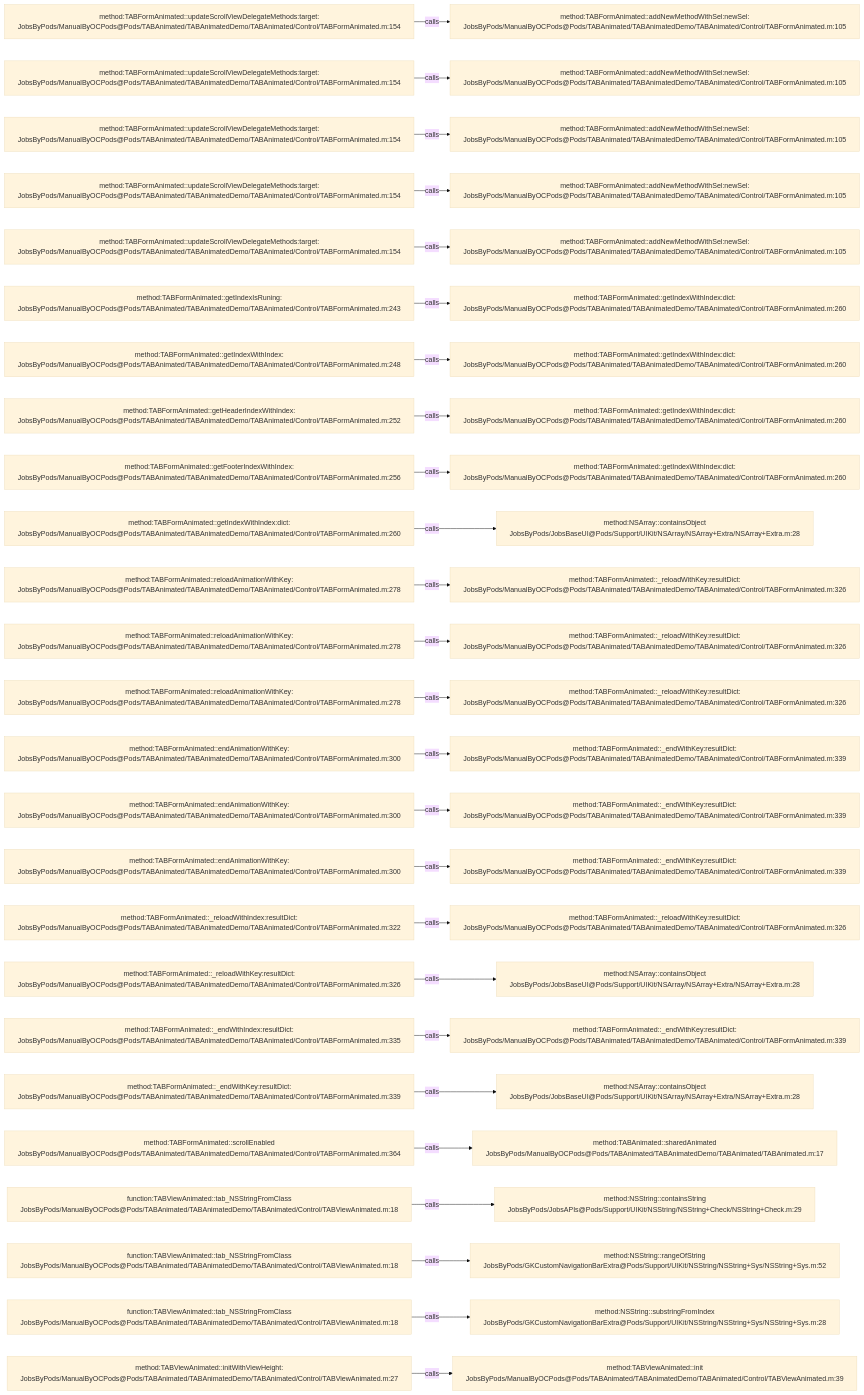
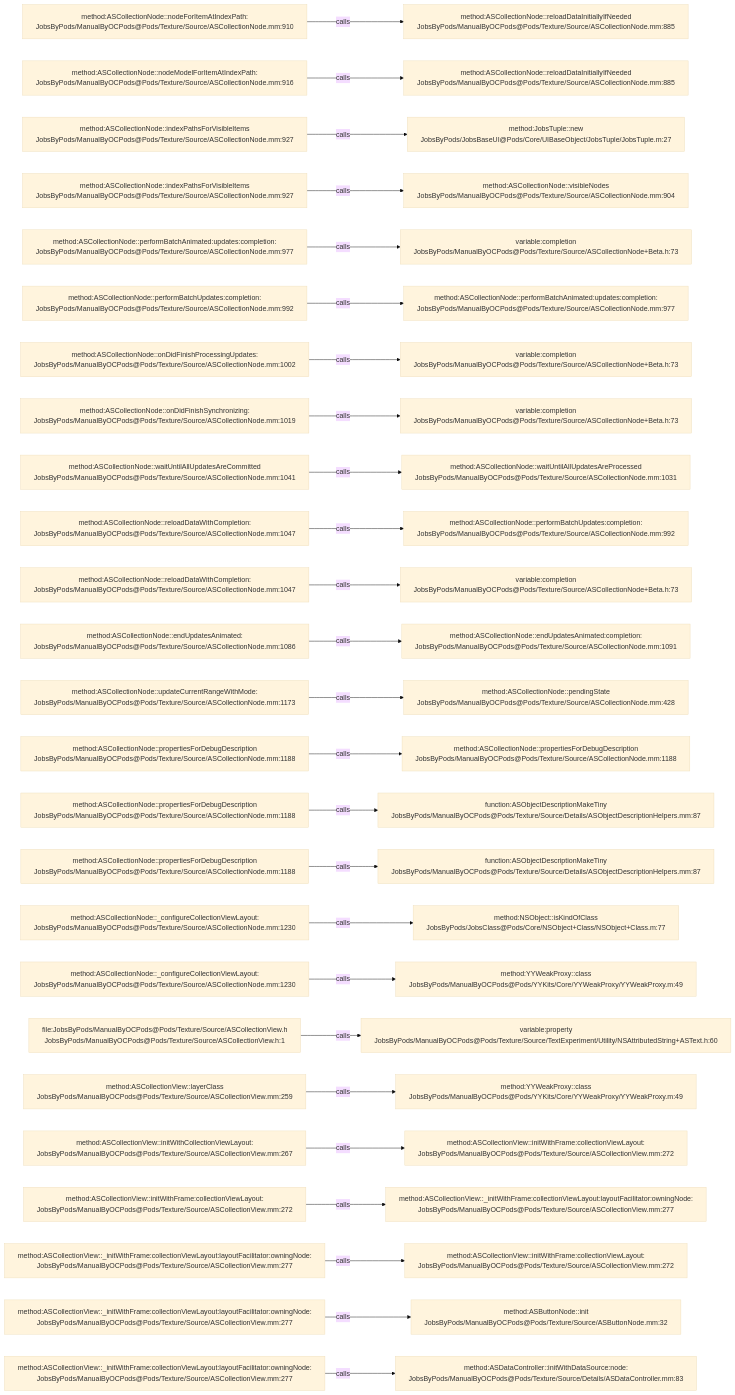
The diagram in .codegraph/codegraph.md/graphs/calls-188.md (JobsKits/JobsOCBaseConfigDemo), drawn with Mermaid (base theme) before and after one commit. The commit also changed 573 other files, not shown here.

````diff
--- a/.codegraph/codegraph.md/graphs/calls-188.md
+++ b/.codegraph/codegraph.md/graphs/calls-188.md
@@ -13,78 +13,78 @@
 ```mermaid
 flowchart LR
-  S1["method:TABFormAnimated::updateScrollViewDelegateMethods:target:<br/>JobsByPods/ManualByOCPods@Pods/TABAnimated/TABAnimatedDemo/TABAnimated/Control/TABFormAnimated.m:154"]
-  T1["method:TABFormAnimated::addNewMethodWithSel:newSel:<br/>JobsByPods/ManualByOCPods@Pods/TABAnimated/TABAnimatedDemo/TABAnimated/Control/TABFormAnimated.m:105"]
+  S1["method:ASCollectionNode::nodeForItemAtIndexPath:<br/>JobsByPods/ManualByOCPods@Pods/Texture/Source/ASCollectionNode.mm:910"]
+  T1["method:ASCollectionNode::reloadDataInitiallyIfNeeded<br/>JobsByPods/ManualByOCPods@Pods/Texture/Source/ASCollectionNode.mm:885"]
   S1 -->|calls| T1
-  S2["method:TABFormAnimated::updateScrollViewDelegateMethods:target:<br/>JobsByPods/ManualByOCPods@Pods/TABAnimated/TABAnimatedDemo/TABAnimated/Control/TABFormAnimated.m:154"]
-  T2["method:TABFormAnimated::addNewMethodWithSel:newSel:<br/>JobsByPods/ManualByOCPods@Pods/TABAnimated/TABAnimatedDemo/TABAnimated/Control/TABFormAnimated.m:105"]
+  S2["method:ASCollectionNode::nodeModelForItemAtIndexPath:<br/>JobsByPods/ManualByOCPods@Pods/Texture/Source/ASCollectionNode.mm:916"]
+  T2["method:ASCollectionNode::reloadDataInitiallyIfNeeded<br/>JobsByPods/ManualByOCPods@Pods/Texture/Source/ASCollectionNode.mm:885"]
   S2 -->|calls| T2
-  S3["method:TABFormAnimated::updateScrollViewDelegateMethods:target:<br/>JobsByPods/ManualByOCPods@Pods/TABAnimated/TABAnimatedDemo/TABAnimated/Control/TABFormAnimated.m:154"]
-  T3["method:TABFormAnimated::addNewMethodWithSel:newSel:<br/>JobsByPods/ManualByOCPods@Pods/TABAnimated/TABAnimatedDemo/TABAnimated/Control/TABFormAnimated.m:105"]
+  S3["method:ASCollectionNode::indexPathsForVisibleItems<br/>JobsByPods/ManualByOCPods@Pods/Texture/Source/ASCollectionNode.mm:927"]
+  T3["method:JobsTuple::new<br/>JobsByPods/JobsBaseUI@Pods/Core/UIBaseObject/JobsTuple/JobsTuple.m:27"]
   S3 -->|calls| T3
-  S4["method:TABFormAnimated::updateScrollViewDelegateMethods:target:<br/>JobsByPods/ManualByOCPods@Pods/TABAnimated/TABAnimatedDemo/TABAnimated/Control/TABFormAnimated.m:154"]
-  T4["method:TABFormAnimated::addNewMethodWithSel:newSel:<br/>JobsByPods/ManualByOCPods@Pods/TABAnimated/TABAnimatedDemo/TABAnimated/Control/TABFormAnimated.m:105"]
+  S4["method:ASCollectionNode::indexPathsForVisibleItems<br/>JobsByPods/ManualByOCPods@Pods/Texture/Source/ASCollectionNode.mm:927"]
+  T4["method:ASCollectionNode::visibleNodes<br/>JobsByPods/ManualByOCPods@Pods/Texture/Source/ASCollectionNode.mm:904"]
   S4 -->|calls| T4
-  S5["method:TABFormAnimated::updateScrollViewDelegateMethods:target:<br/>JobsByPods/ManualByOCPods@Pods/TABAnimated/TABAnimatedDemo/TABAnimated/Control/TABFormAnimated.m:154"]
-  T5["method:TABFormAnimated::addNewMethodWithSel:newSel:<br/>JobsByPods/ManualByOCPods@Pods/TABAnimated/TABAnimatedDemo/TABAnimated/Control/TABFormAnimated.m:105"]
+  S5["method:ASCollectionNode::performBatchAnimated:updates:completion:<br/>JobsByPods/ManualByOCPods@Pods/Texture/Source/ASCollectionNode.mm:977"]
+  T5["variable:completion<br/>JobsByPods/ManualByOCPods@Pods/Texture/Source/ASCollectionNode+Beta.h:73"]
   S5 -->|calls| T5
-  S6["method:TABFormAnimated::getIndexIsRuning:<br/>JobsByPods/ManualByOCPods@Pods/TABAnimated/TABAnimatedDemo/TABAnimated/Control/TABFormAnimated.m:243"]
-  T6["method:TABFormAnimated::getIndexWithIndex:dict:<br/>JobsByPods/ManualByOCPods@Pods/TABAnimated/TABAnimatedDemo/TABAnimated/Control/TABFormAnimated.m:260"]
+  S6["method:ASCollectionNode::performBatchUpdates:completion:<br/>JobsByPods/ManualByOCPods@Pods/Texture/Source/ASCollectionNode.mm:992"]
+  T6["method:ASCollectionNode::performBatchAnimated:updates:completion:<br/>JobsByPods/ManualByOCPods@Pods/Texture/Source/ASCollectionNode.mm:977"]
   S6 -->|calls| T6
-  S7["method:TABFormAnimated::getIndexWithIndex:<br/>JobsByPods/ManualByOCPods@Pods/TABAnimated/TABAnimatedDemo/TABAnimated/Control/TABFormAnimated.m:248"]
-  T7["method:TABFormAnimated::getIndexWithIndex:dict:<br/>JobsByPods/ManualByOCPods@Pods/TABAnimated/TABAnimatedDemo/TABAnimated/Control/TABFormAnimated.m:260"]
+  S7["method:ASCollectionNode::onDidFinishProcessingUpdates:<br/>JobsByPods/ManualByOCPods@Pods/Texture/Source/ASCollectionNode.mm:1002"]
+  T7["variable:completion<br/>JobsByPods/ManualByOCPods@Pods/Texture/Source/ASCollectionNode+Beta.h:73"]
   S7 -->|calls| T7
-  S8["method:TABFormAnimated::getHeaderIndexWithIndex:<br/>JobsByPods/ManualByOCPods@Pods/TABAnimated/TABAnimatedDemo/TABAnimated/Control/TABFormAnimated.m:252"]
-  T8["method:TABFormAnimated::getIndexWithIndex:dict:<br/>JobsByPods/ManualByOCPods@Pods/TABAnimated/TABAnimatedDemo/TABAnimated/Control/TABFormAnimated.m:260"]
+  S8["method:ASCollectionNode::onDidFinishSynchronizing:<br/>JobsByPods/ManualByOCPods@Pods/Texture/Source/ASCollectionNode.mm:1019"]
+  T8["variable:completion<br/>JobsByPods/ManualByOCPods@Pods/Texture/Source/ASCollectionNode+Beta.h:73"]
   S8 -->|calls| T8
-  S9["method:TABFormAnimated::getFooterIndexWithIndex:<br/>JobsByPods/ManualByOCPods@Pods/TABAnimated/TABAnimatedDemo/TABAnimated/Control/TABFormAnimated.m:256"]
-  T9["method:TABFormAnimated::getIndexWithIndex:dict:<br/>JobsByPods/ManualByOCPods@Pods/TABAnimated/TABAnimatedDemo/TABAnimated/Control/TABFormAnimated.m:260"]
+  S9["method:ASCollectionNode::waitUntilAllUpdatesAreCommitted<br/>JobsByPods/ManualByOCPods@Pods/Texture/Source/ASCollectionNode.mm:1041"]
+  T9["method:ASCollectionNode::waitUntilAllUpdatesAreProcessed<br/>JobsByPods/ManualByOCPods@Pods/Texture/Source/ASCollectionNode.mm:1031"]
   S9 -->|calls| T9
-  S10["method:TABFormAnimated::getIndexWithIndex:dict:<br/>JobsByPods/ManualByOCPods@Pods/TABAnimated/TABAnimatedDemo/TABAnimated/Control/TABFormAnimated.m:260"]
-  T10["method:NSArray::containsObject<br/>JobsByPods/JobsBaseUI@Pods/Support/UIKit/NSArray/NSArray+Extra/NSArray+Extra.m:28"]
+  S10["method:ASCollectionNode::reloadDataWithCompletion:<br/>JobsByPods/ManualByOCPods@Pods/Texture/Source/ASCollectionNode.mm:1047"]
+  T10["method:ASCollectionNode::performBatchUpdates:completion:<br/>JobsByPods/ManualByOCPods@Pods/Texture/Source/ASCollectionNode.mm:992"]
   S10 -->|calls| T10
-  S11["method:TABFormAnimated::reloadAnimationWithKey:<br/>JobsByPods/ManualByOCPods@Pods/TABAnimated/TABAnimatedDemo/TABAnimated/Control/TABFormAnimated.m:278"]
-  T11["method:TABFormAnimated::_reloadWithKey:resultDict:<br/>JobsByPods/ManualByOCPods@Pods/TABAnimated/TABAnimatedDemo/TABAnimated/Control/TABFormAnimated.m:326"]
+  S11["method:ASCollectionNode::reloadDataWithCompletion:<br/>JobsByPods/ManualByOCPods@Pods/Texture/Source/ASCollectionNode.mm:1047"]
+  T11["variable:completion<br/>JobsByPods/ManualByOCPods@Pods/Texture/Source/ASCollectionNode+Beta.h:73"]
   S11 -->|calls| T11
-  S12["method:TABFormAnimated::reloadAnimationWithKey:<br/>JobsByPods/ManualByOCPods@Pods/TABAnimated/TABAnimatedDemo/TABAnimated/Control/TABFormAnimated.m:278"]
-  T12["method:TABFormAnimated::_reloadWithKey:resultDict:<br/>JobsByPods/ManualByOCPods@Pods/TABAnimated/TABAnimatedDemo/TABAnimated/Control/TABFormAnimated.m:326"]
+  S12["method:ASCollectionNode::endUpdatesAnimated:<br/>JobsByPods/ManualByOCPods@Pods/Texture/Source/ASCollectionNode.mm:1086"]
+  T12["method:ASCollectionNode::endUpdatesAnimated:completion:<br/>JobsByPods/ManualByOCPods@Pods/Texture/Source/ASCollectionNode.mm:1091"]
   S12 -->|calls| T12
-  S13["method:TABFormAnimated::reloadAnimationWithKey:<br/>JobsByPods/ManualByOCPods@Pods/TABAnimated/TABAnimatedDemo/TABAnimated/Control/TABFormAnimated.m:278"]
-  T13["method:TABFormAnimated::_reloadWithKey:resultDict:<br/>JobsByPods/ManualByOCPods@Pods/TABAnimated/TABAnimatedDemo/TABAnimated/Control/TABFormAnimated.m:326"]
+  S13["method:ASCollectionNode::updateCurrentRangeWithMode:<br/>JobsByPods/ManualByOCPods@Pods/Texture/Source/ASCollectionNode.mm:1173"]
+  T13["method:ASCollectionNode::pendingState<br/>JobsByPods/ManualByOCPods@Pods/Texture/Source/ASCollectionNode.mm:428"]
   S13 -->|calls| T13
-  S14["method:TABFormAnimated::endAnimationWithKey:<br/>JobsByPods/ManualByOCPods@Pods/TABAnimated/TABAnimatedDemo/TABAnimated/Control/TABFormAnimated.m:300"]
-  T14["method:TABFormAnimated::_endWithKey:resultDict:<br/>JobsByPods/ManualByOCPods@Pods/TABAnimated/TABAnimatedDemo/TABAnimated/Control/TABFormAnimated.m:339"]
+  S14["method:ASCollectionNode::propertiesForDebugDescription<br/>JobsByPods/ManualByOCPods@Pods/Texture/Source/ASCollectionNode.mm:1188"]
+  T14["method:ASCollectionNode::propertiesForDebugDescription<br/>JobsByPods/ManualByOCPods@Pods/Texture/Source/ASCollectionNode.mm:1188"]
   S14 -->|calls| T14
-  S15["method:TABFormAnimated::endAnimationWithKey:<br/>JobsByPods/ManualByOCPods@Pods/TABAnimated/TABAnimatedDemo/TABAnimated/Control/TABFormAnimated.m:300"]
-  T15["method:TABFormAnimated::_endWithKey:resultDict:<br/>JobsByPods/ManualByOCPods@Pods/TABAnimated/TABAnimatedDemo/TABAnimated/Control/TABFormAnimated.m:339"]
+  S15["method:ASCollectionNode::propertiesForDebugDescription<br/>JobsByPods/ManualByOCPods@Pods/Texture/Source/ASCollectionNode.mm:1188"]
+  T15["function:ASObjectDescriptionMakeTiny<br/>JobsByPods/ManualByOCPods@Pods/Texture/Source/Details/ASObjectDescriptionHelpers.mm:87"]
   S15 -->|calls| T15
-  S16["method:TABFormAnimated::endAnimationWithKey:<br/>JobsByPods/ManualByOCPods@Pods/TABAnimated/TABAnimatedDemo/TABAnimated/Control/TABFormAnimated.m:300"]
-  T16["method:TABFormAnimated::_endWithKey:resultDict:<br/>JobsByPods/ManualByOCPods@Pods/TABAnimated/TABAnimatedDemo/TABAnimated/Control/TABFormAnimated.m:339"]
+  S16["method:ASCollectionNode::propertiesForDebugDescription<br/>JobsByPods/ManualByOCPods@Pods/Texture/Source/ASCollectionNode.mm:1188"]
+  T16["function:ASObjectDescriptionMakeTiny<br/>JobsByPods/ManualByOCPods@Pods/Texture/Source/Details/ASObjectDescriptionHelpers.mm:87"]
   S16 -->|calls| T16
-  S17["method:TABFormAnimated::_reloadWithIndex:resultDict:<br/>JobsByPods/ManualByOCPods@Pods/TABAnimated/TABAnimatedDemo/TABAnimated/Control/TABFormAnimated.m:322"]
-  T17["method:TABFormAnimated::_reloadWithKey:resultDict:<br/>JobsByPods/ManualByOCPods@Pods/TABAnimated/TABAnimatedDemo/TABAnimated/Control/TABFormAnimated.m:326"]
+  S17["method:ASCollectionNode::_configureCollectionViewLayout:<br/>JobsByPods/ManualByOCPods@Pods/Texture/Source/ASCollectionNode.mm:1230"]
+  T17["method:NSObject::isKindOfClass<br/>JobsByPods/JobsClass@Pods/Core/NSObject+Class/NSObject+Class.m:77"]
   S17 -->|calls| T17
-  S18["method:TABFormAnimated::_reloadWithKey:resultDict:<br/>JobsByPods/ManualByOCPods@Pods/TABAnimated/TABAnimatedDemo/TABAnimated/Control/TABFormAnimated.m:326"]
-  T18["method:NSArray::containsObject<br/>JobsByPods/JobsBaseUI@Pods/Support/UIKit/NSArray/NSArray+Extra/NSArray+Extra.m:28"]
+  S18["method:ASCollectionNode::_configureCollectionViewLayout:<br/>JobsByPods/ManualByOCPods@Pods/Texture/Source/ASCollectionNode.mm:1230"]
+  T18["method:YYWeakProxy::class<br/>JobsByPods/ManualByOCPods@Pods/YYKits/Core/YYWeakProxy/YYWeakProxy.m:49"]
   S18 -->|calls| T18
-  S19["method:TABFormAnimated::_endWithIndex:resultDict:<br/>JobsByPods/ManualByOCPods@Pods/TABAnimated/TABAnimatedDemo/TABAnimated/Control/TABFormAnimated.m:335"]
-  T19["method:TABFormAnimated::_endWithKey:resultDict:<br/>JobsByPods/ManualByOCPods@Pods/TABAnimated/TABAnimatedDemo/TABAnimated/Control/TABFormAnimated.m:339"]
+  S19["file:JobsByPods/ManualByOCPods@Pods/Texture/Source/ASCollectionView.h<br/>JobsByPods/ManualByOCPods@Pods/Texture/Source/ASCollectionView.h:1"]
+  T19["variable:property<br/>JobsByPods/ManualByOCPods@Pods/Texture/Source/TextExperiment/Utility/NSAttributedString+ASText.h:60"]
   S19 -->|calls| T19
-  S20["method:TABFormAnimated::_endWithKey:resultDict:<br/>JobsByPods/ManualByOCPods@Pods/TABAnimated/TABAnimatedDemo/TABAnimated/Control/TABFormAnimated.m:339"]
-  T20["method:NSArray::containsObject<br/>JobsByPods/JobsBaseUI@Pods/Support/UIKit/NSArray/NSArray+Extra/NSArray+Extra.m:28"]
+  S20["method:ASCollectionView::layerClass<br/>JobsByPods/ManualByOCPods@Pods/Texture/Source/ASCollectionView.mm:259"]
+  T20["method:YYWeakProxy::class<br/>JobsByPods/ManualByOCPods@Pods/YYKits/Core/YYWeakProxy/YYWeakProxy.m:49"]
   S20 -->|calls| T20
-  S21["method:TABFormAnimated::scrollEnabled<br/>JobsByPods/ManualByOCPods@Pods/TABAnimated/TABAnimatedDemo/TABAnimated/Control/TABFormAnimated.m:364"]
-  T21["method:TABAnimated::sharedAnimated<br/>JobsByPods/ManualByOCPods@Pods/TABAnimated/TABAnimatedDemo/TABAnimated/TABAnimated.m:17"]
+  S21["method:ASCollectionView::initWithCollectionViewLayout:<br/>JobsByPods/ManualByOCPods@Pods/Texture/Source/ASCollectionView.mm:267"]
+  T21["method:ASCollectionView::initWithFrame:collectionViewLayout:<br/>JobsByPods/ManualByOCPods@Pods/Texture/Source/ASCollectionView.mm:272"]
   S21 -->|calls| T21
-  S22["function:TABViewAnimated::tab_NSStringFromClass<br/>JobsByPods/ManualByOCPods@Pods/TABAnimated/TABAnimatedDemo/TABAnimated/Control/TABViewAnimated.m:18"]
-  T22["method:NSString::containsString<br/>JobsByPods/JobsAPIs@Pods/Support/UIKit/NSString/NSString+Check/NSString+Check.m:29"]
+  S22["method:ASCollectionView::initWithFrame:collectionViewLayout:<br/>JobsByPods/ManualByOCPods@Pods/Texture/Source/ASCollectionView.mm:272"]
+  T22["method:ASCollectionView::_initWithFrame:collectionViewLayout:layoutFacilitator:owningNode:<br/>JobsByPods/ManualByOCPods@Pods/Texture/Source/ASCollectionView.mm:277"]
   S22 -->|calls| T22
-  S23["function:TABViewAnimated::tab_NSStringFromClass<br/>JobsByPods/ManualByOCPods@Pods/TABAnimated/TABAnimatedDemo/TABAnimated/Control/TABViewAnimated.m:18"]
-  T23["method:NSString::rangeOfString<br/>JobsByPods/GKCustomNavigationBarExtra@Pods/Support/UIKit/NSString/NSString+Sys/NSString+Sys.m:52"]
+  S23["method:ASCollectionView::_initWithFrame:collectionViewLayout:layoutFacilitator:owningNode:<br/>JobsByPods/ManualByOCPods@Pods/Texture/Source/ASCollectionView.mm:277"]
+  T23["method:ASCollectionView::initWithFrame:collectionViewLayout:<br/>JobsByPods/ManualByOCPods@Pods/Texture/Source/ASCollectionView.mm:272"]
   S23 -->|calls| T23
-  S24["function:TABViewAnimated::tab_NSStringFromClass<br/>JobsByPods/ManualByOCPods@Pods/TABAnimated/TABAnimatedDemo/TABAnimated/Control/TABViewAnimated.m:18"]
-  T24["method:NSString::substringFromIndex<br/>JobsByPods/GKCustomNavigationBarExtra@Pods/Support/UIKit/NSString/NSString+Sys/NSString+Sys.m:28"]
+  S24["method:ASCollectionView::_initWithFrame:collectionViewLayout:layoutFacilitator:owningNode:<br/>JobsByPods/ManualByOCPods@Pods/Texture/Source/ASCollectionView.mm:277"]
+  T24["method:ASButtonNode::init<br/>JobsByPods/ManualByOCPods@Pods/Texture/Source/ASButtonNode.mm:32"]
   S24 -->|calls| T24
-  S25["method:TABViewAnimated::initWithViewHeight:<br/>JobsByPods/ManualByOCPods@Pods/TABAnimated/TABAnimatedDemo/TABAnimated/Control/TABViewAnimated.m:27"]
-  T25["method:TABViewAnimated::init<br/>JobsByPods/ManualByOCPods@Pods/TABAnimated/TABAnimatedDemo/TABAnimated/Control/TABViewAnimated.m:39"]
+  S25["method:ASCollectionView::_initWithFrame:collectionViewLayout:layoutFacilitator:owningNode:<br/>JobsByPods/ManualByOCPods@Pods/Texture/Source/ASCollectionView.mm:277"]
+  T25["method:ASDataController::initWithDataSource:node:<br/>JobsByPods/ManualByOCPods@Pods/Texture/Source/Details/ASDataController.mm:83"]
   S25 -->|calls| T25
 ```
````
